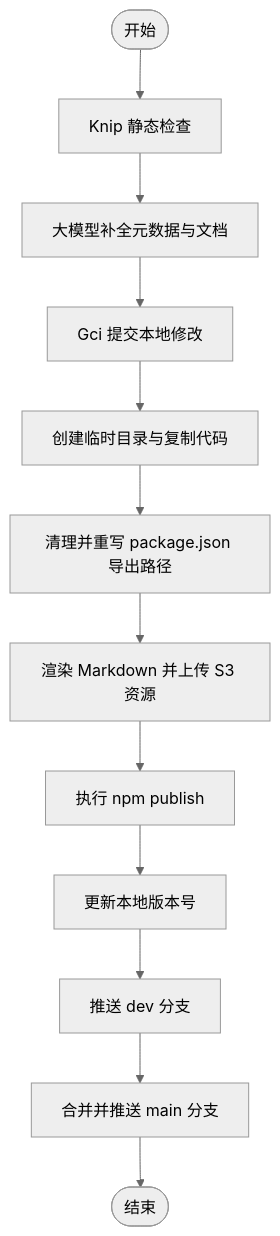
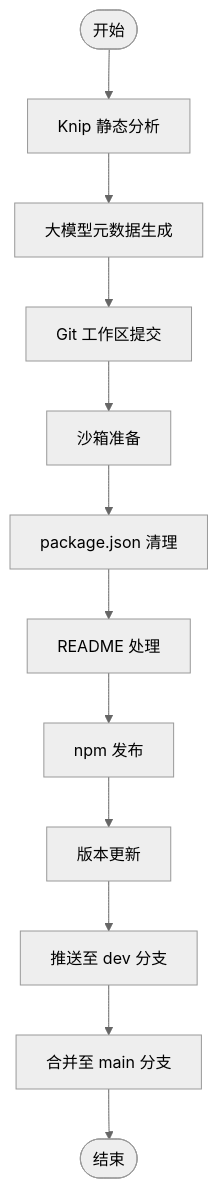
Before and after one commit to webc-site/npm: the diagram in dist/readme/zh/README.md, drawn with Mermaid (neutral theme). The commit also changed other lines of this file and 6 other files, not shown here.

````diff
--- a/dist/readme/zh/README.md
+++ b/dist/readme/zh/README.md
@@ -53,14 +54,14 @@
 ```mermaid
 graph TD
-    Start([开始]) --> Knip[Knip 静态检查]
-    Knip --> GenReadme[大模型补全元数据与文档]
-    GenReadme --> Gci[Gci 提交本地修改]
-    Gci --> Prep[创建临时目录与复制代码]
-    Prep --> CleanPkg[清理并重写 package.json 导出路径]
-    CleanPkg --> RenderReadme[渲染 Markdown 并上传 S3 资源]
-    RenderReadme --> Pub[执行 npm publish]
-    Pub --> LocalVersion[更新本地版本号]
-    LocalVersion --> GitSync[推送 dev 分支]
-    GitSync --> MergeMain[合并并推送 main 分支]
-    MergeMain --> End([结束])
+    Start([开始]) --> Knip[Knip 静态分析]
+    Knip --> Metadata[大模型元数据生成]
+    Metadata --> Gci[Git 工作区提交]
+    Gci --> Prep[沙箱准备]
+    Prep --> Clean[package.json 清理]
+    Clean --> Readme[README 处理]
+    Readme --> Publish[npm 发布]
+    Publish --> Version[版本更新]
+    Version --> Dev[推送至 dev 分支]
+    Dev --> Main[合并至 main 分支]
+    Main --> End([结束])
 ```
````
